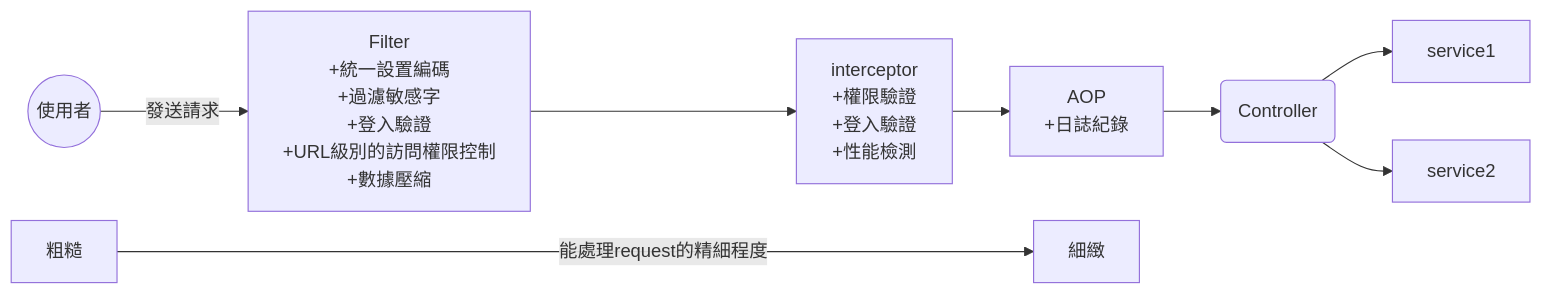
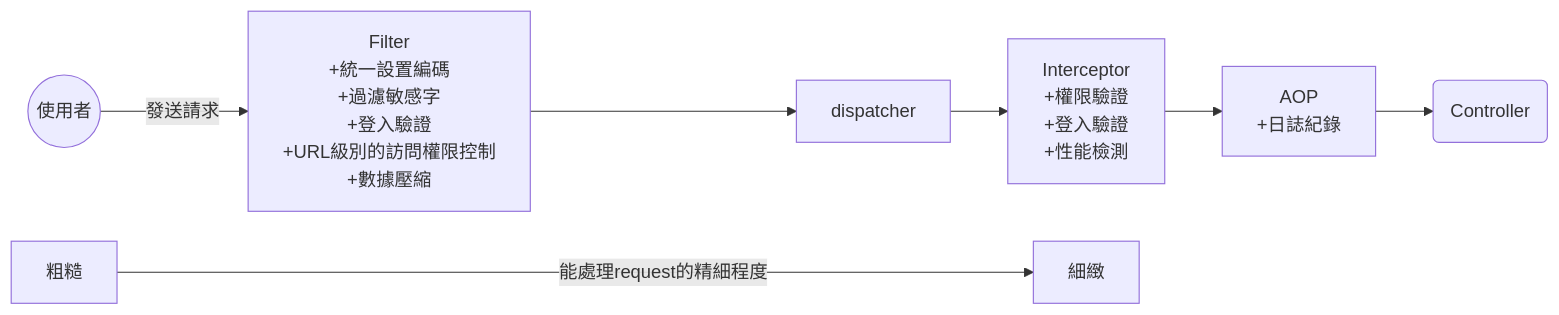
One commit to Hoxton019030/AspectJ_Note changed the second of 6 diagrams in README.md. Above: the diagram before and after it, drawn with Mermaid. The commit also changed other lines of this file, not shown here.

````diff
--- a/README.md
+++ b/README.md
@@ -28,12 +28,13 @@
 ```mermaid
 flowchart LR;
 
 1((使用者))--發送請求
 -->Filter\n+統一設置編碼\n+過濾敏感字\n+登入驗證\n+URL級別的訪問權限控制\n+數據壓縮
--->interceptor\n+權限驗證\n+登入驗證\n+性能檢測
+-->dispatcher
+-->Interceptor\n+權限驗證\n+登入驗證\n+性能檢測
 -->AOP\n+日誌紀錄
 -->2(Controller)
--->service1 & service2  
+
 
 -1[粗糙]--能處理request的精細程度---->-2[細緻]
 ```
````
